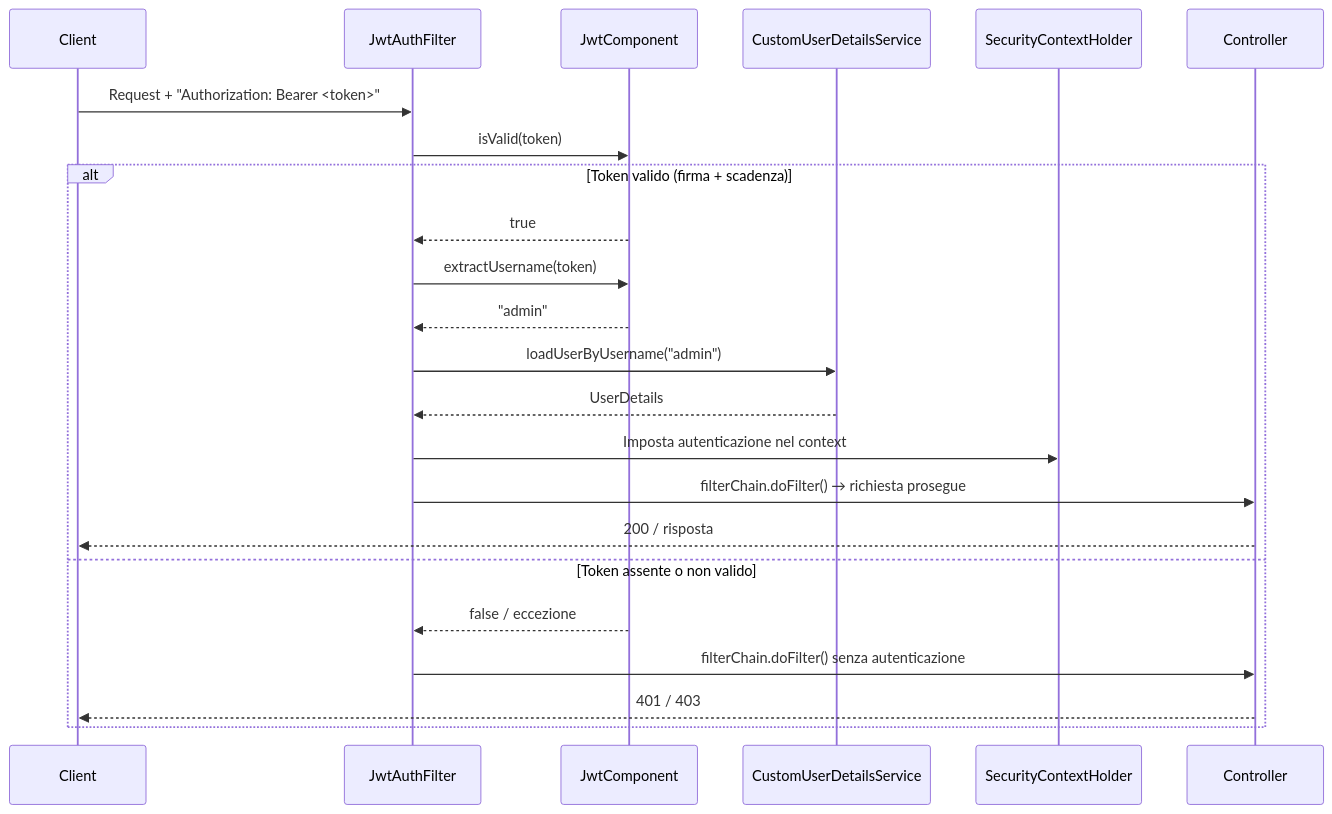
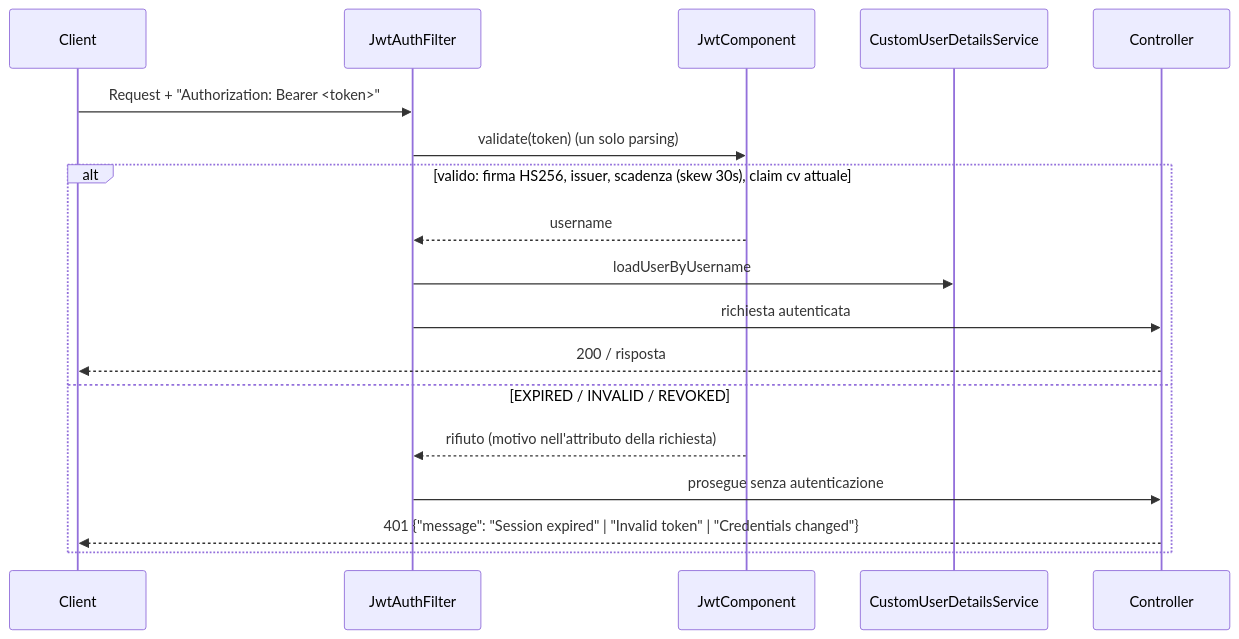
One commit to lorisdemicheli/minecraft-controller changed the second of 2 diagrams in docs/flows/authentication.md. Above: the diagram before and after it, drawn with Mermaid. The commit also changed other lines of this file and 188 other files, not shown here.

````diff
--- a/docs/flows/authentication.md
+++ b/docs/flows/authentication.md
@@ -46,27 +49,21 @@
 ```mermaid
 sequenceDiagram
     participant C as Client
     participant JF as JwtAuthFilter
     participant JWT as JwtComponent
     participant UDS as CustomUserDetailsService
-    participant SC as SecurityContextHolder
     participant Ctrl as Controller
 
     C->>JF: Request + "Authorization: Bearer <token>"
-    JF->>JWT: isValid(token)
-
-    alt Token valido (firma + scadenza)
-        JWT-->>JF: true
-        JF->>JWT: extractUsername(token)
-        JWT-->>JF: "admin"
-        JF->>UDS: loadUserByUsername("admin")
-        UDS-->>JF: UserDetails
-        JF->>SC: Imposta autenticazione nel context
-        JF->>Ctrl: filterChain.doFilter() → richiesta prosegue
+    JF->>JWT: validate(token)  (un solo parsing)
+    alt valido: firma HS256, issuer, scadenza (skew 30s), claim cv attuale
+        JWT-->>JF: username
+        JF->>UDS: loadUserByUsername
+        JF->>Ctrl: richiesta autenticata
         Ctrl-->>C: 200 / risposta
-    else Token assente o non valido
-        JWT-->>JF: false / eccezione
-        JF->>Ctrl: filterChain.doFilter() senza autenticazione
-        Ctrl-->>C: 401 / 403
+    else EXPIRED / INVALID / REVOKED
+        JWT-->>JF: rifiuto (motivo nell'attributo della richiesta)
+        JF->>Ctrl: prosegue senza autenticazione
+        Ctrl-->>C: 401 {"message": "Session expired" | "Invalid token" | "Credentials changed"}
     end
 ```
````
